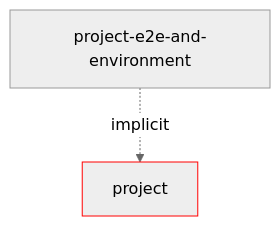
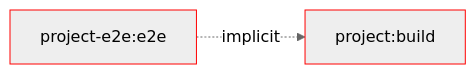
Before and after one commit to push-based/nx-verdaccio: the first of 6 diagrams in README.md, drawn with Mermaid (neutral theme). The commit also changed other lines of this file, not shown here.

Commit message:
docs(build-env): adopt task graph diagrams

````diff
--- a/README.md
+++ b/README.md
@@ -55,6 +55,6 @@
 ```mermaid
-flowchart TB
-project-e2e-and-environment:::project-e2e-.implicit.->project:::project;
-classDef project-e2e-and-environment stroke:#f00
-classDef project stroke:#f00
+flowchart LR
+P[project-e2e:e2e]:::e2e-.implicit.->E[project:build]:::build;
+classDef e2e stroke:#f00
+classDef build stroke:#f00
 ```
````
